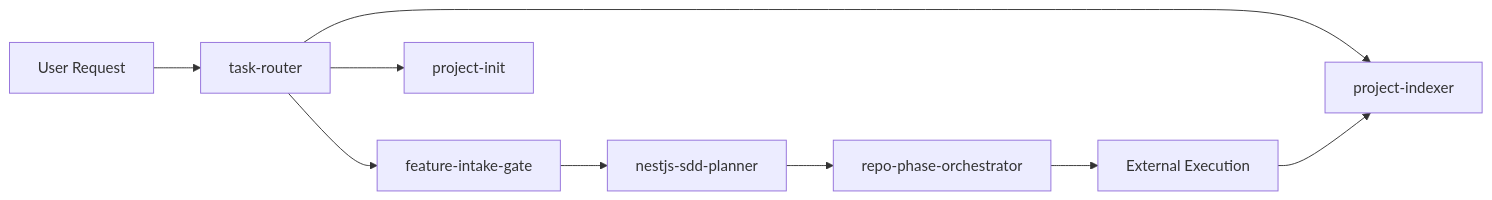
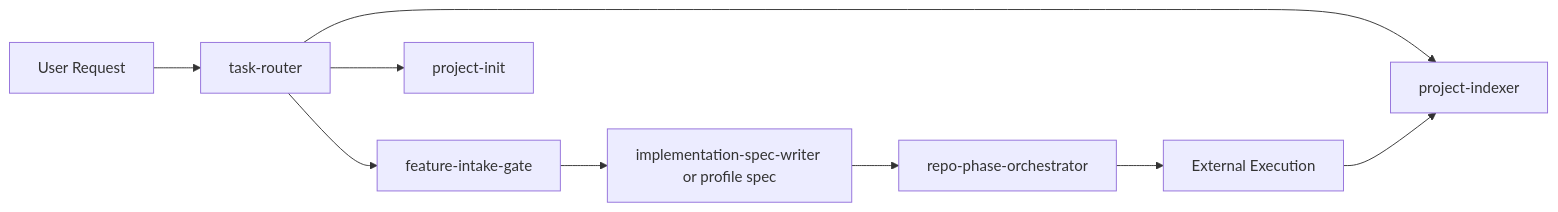
One commit to HoanDo95/CodexMinimal changed the first of 10 diagrams in README.md. Above: the diagram before and after it, drawn with Mermaid. The commit also changed other lines of this file and 67 other files, not shown here.

````diff
--- a/README.md
+++ b/README.md
@@ -15,11 +15,11 @@
 ```mermaid
 flowchart LR
     U[User Request] --> R[task-router]
     R --> I[feature-intake-gate]
     R --> B[project-init]
     R --> X[project-indexer]
-    I --> S[nestjs-sdd-planner]
+    I --> S[implementation-spec-writer or profile spec]
     S --> P[repo-phase-orchestrator]
     P --> E[External Execution]
     E --> X
 ```
````
